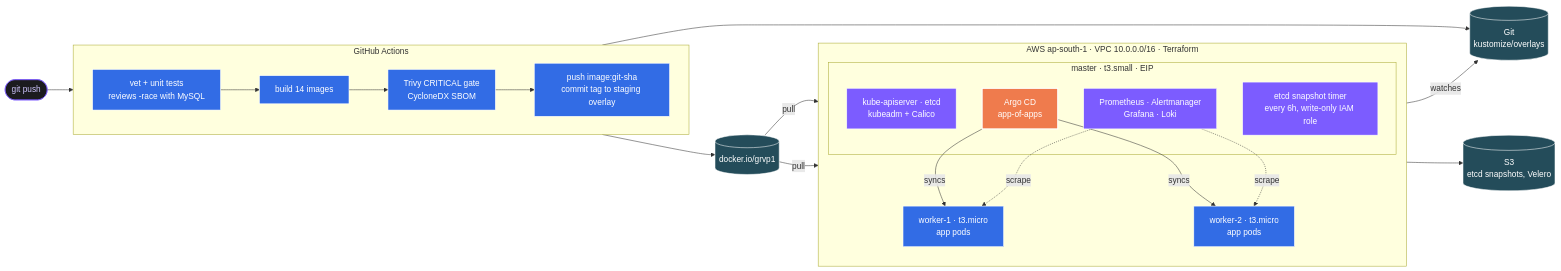
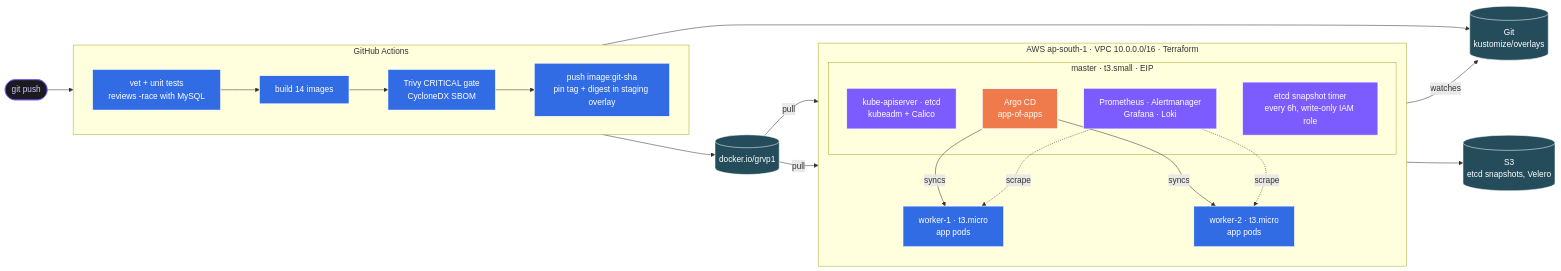
The second of 3 diagrams in README.md (grvtech1/VANTA-Boutique), drawn with Mermaid before and after one commit. The commit also changed other lines of this file and 5 other files, not shown here.

First line of the commit message:
feat(gitops): pin images by digest as well as git SHA

````diff
--- a/README.md
+++ b/README.md
@@ -129,43 +129,43 @@
 ```mermaid
 flowchart LR
     dev([git push]):::ext
 
     subgraph ci["GitHub Actions"]
       direction LR
-      test["vet + unit tests<br/>reviews -race with MySQL"] --> build["build 14 images"] --> scan["Trivy CRITICAL gate<br/>CycloneDX SBOM"] --> ship["push image:git-sha<br/>commit tag to staging overlay"]
+      test["vet + unit tests<br/>reviews -race with MySQL"] --> build["build 14 images"] --> scan["Trivy CRITICAL gate<br/>CycloneDX SBOM"] --> ship["push image:git-sha<br/>pin tag + digest in staging overlay"]
     end
 
     reg[("docker.io/grvp1")]:::store
     git[("Git<br/>kustomize/overlays")]:::store
     s3[("S3<br/>etcd snapshots, Velero")]:::store
 
     subgraph aws["AWS ap-south-1 · VPC 10.0.0.0/16 · Terraform"]
       direction TB
       subgraph master["master · t3.small · EIP"]
         api["kube-apiserver · etcd<br/>kubeadm + Calico"]:::edge
         argo["Argo CD<br/>app-of-apps"]:::argo
         obs["Prometheus · Alertmanager<br/>Grafana · Loki"]:::edge
         snap["etcd snapshot timer<br/>every 6h, write-only IAM role"]:::edge
       end
       w1["worker-1 · t3.micro<br/>app pods"]:::node
       w2["worker-2 · t3.micro<br/>app pods"]:::node
     end
 
     dev --> test
     ship --> reg
     ship --> git
     argo -->|watches| git
     argo -->|syncs| w1
     argo -->|syncs| w2
     reg -->|pull| w1
     reg -->|pull| w2
     obs -.->|scrape| w1
     obs -.->|scrape| w2
     snap --> s3
 
     classDef edge  fill:#7c5cff,stroke:#fff,color:#fff;
     classDef argo  fill:#ef7b4d,stroke:#fff,color:#fff,stroke-width:2px;
     classDef node  fill:#326ce5,stroke:#fff,color:#fff;
     classDef store fill:#244c5a,stroke:#fff,color:#fff;
     classDef ext   fill:#1b1b1f,stroke:#7c5cff,color:#cfc6ff;
 ```
````
